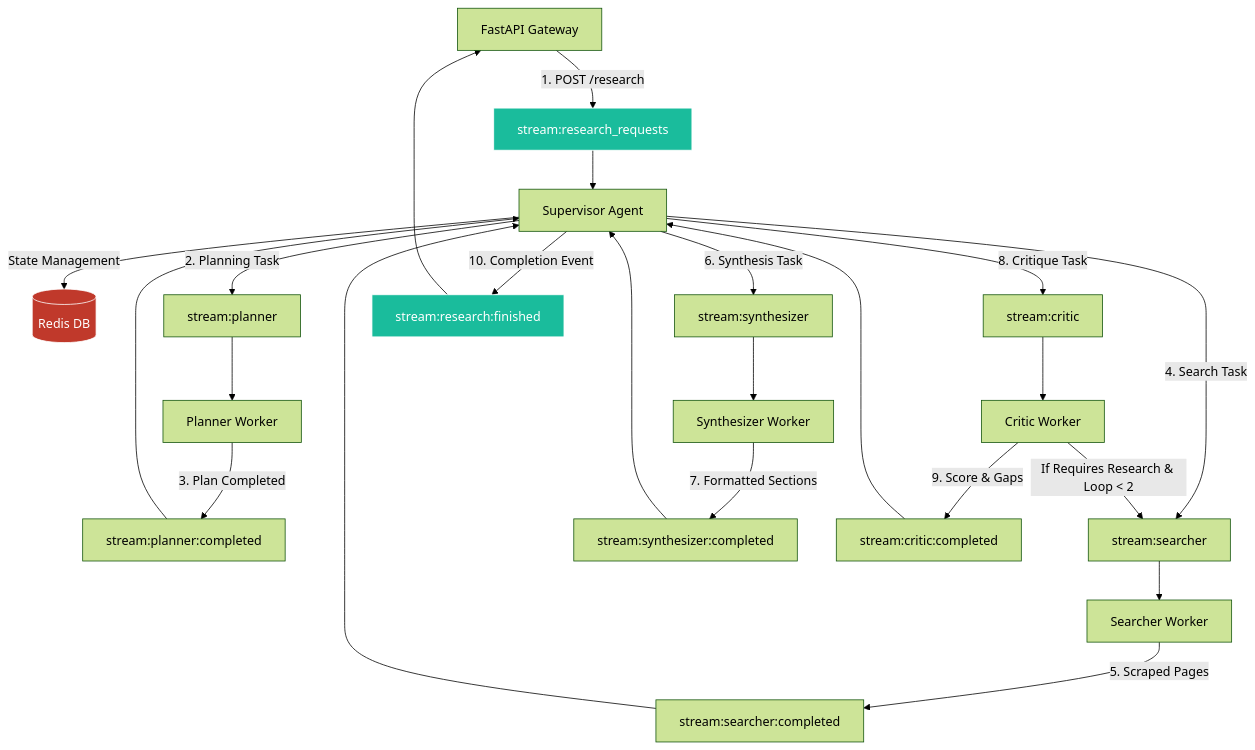
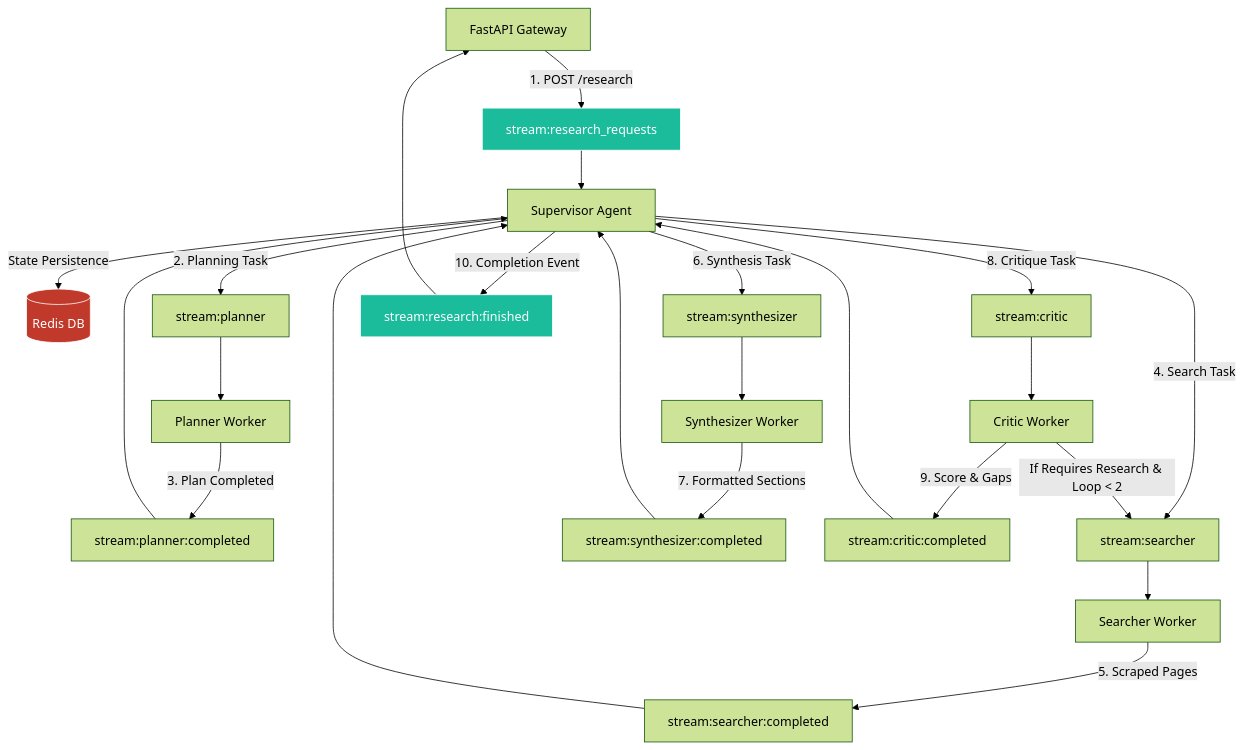
The diagram in README.md (bharath-v-n-13/Multi-Agent-Web-Research-Summarization-Pipeline-), drawn with Mermaid (forest theme) before and after one commit. The commit also changed other lines of this file, not shown here.

````diff
--- a/README.md
+++ b/README.md
@@ -13,36 +50,36 @@
 ```mermaid
 graph TD
     API[FastAPI Gateway] -- "1. POST /research" --> ReqStream[stream:research_requests]
     ReqStream --> Supervisor[Supervisor Agent]
     
-    Supervisor -- "State Management" --> RedisDB[(Redis DB)]
+    Supervisor -- "State Persistence" --> RedisDB[(Redis DB)]
     
     Supervisor -- "2. Planning Task" --> PlannerStream[stream:planner]
     PlannerStream --> Planner[Planner Worker]
     Planner -- "3. Plan Completed" --> PlannerComp[stream:planner:completed]
     PlannerComp --> Supervisor
     
     Supervisor -- "4. Search Task" --> SearcherStream[stream:searcher]
     SearcherStream --> Searcher[Searcher Worker]
     Searcher -- "5. Scraped Pages" --> SearcherComp[stream:searcher:completed]
     SearcherComp --> Supervisor
     
     Supervisor -- "6. Synthesis Task" --> SynthStream[stream:synthesizer]
     SynthStream --> Synthesizer[Synthesizer Worker]
     Synthesizer -- "7. Formatted Sections" --> SynthComp[stream:synthesizer:completed]
     SynthComp --> Supervisor
     
     Supervisor -- "8. Critique Task" --> CriticStream[stream:critic]
     CriticStream --> Critic[Critic Worker]
     Critic -- "9. Score & Gaps" --> CriticComp[stream:critic:completed]
     CriticComp --> Supervisor
     
     Critic -- "If Requires Research & Loop < 2" --> SearcherStream
     
     Supervisor -- "10. Completion Event" --> FinishedStream[stream:research:finished]
     FinishedStream --> API
     
     style RedisDB fill:#c0392b,stroke:#fff,color:#fff
     style ReqStream fill:#1abc9c,stroke:#fff,color:#fff
     style FinishedStream fill:#1abc9c,stroke:#fff,color:#fff
 ```
````
